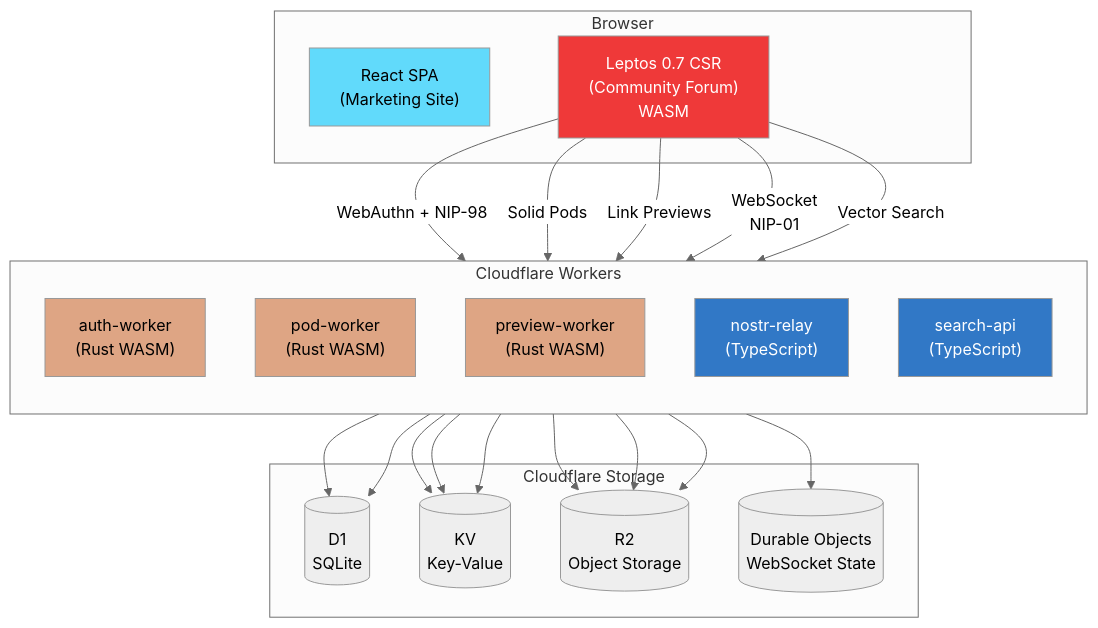
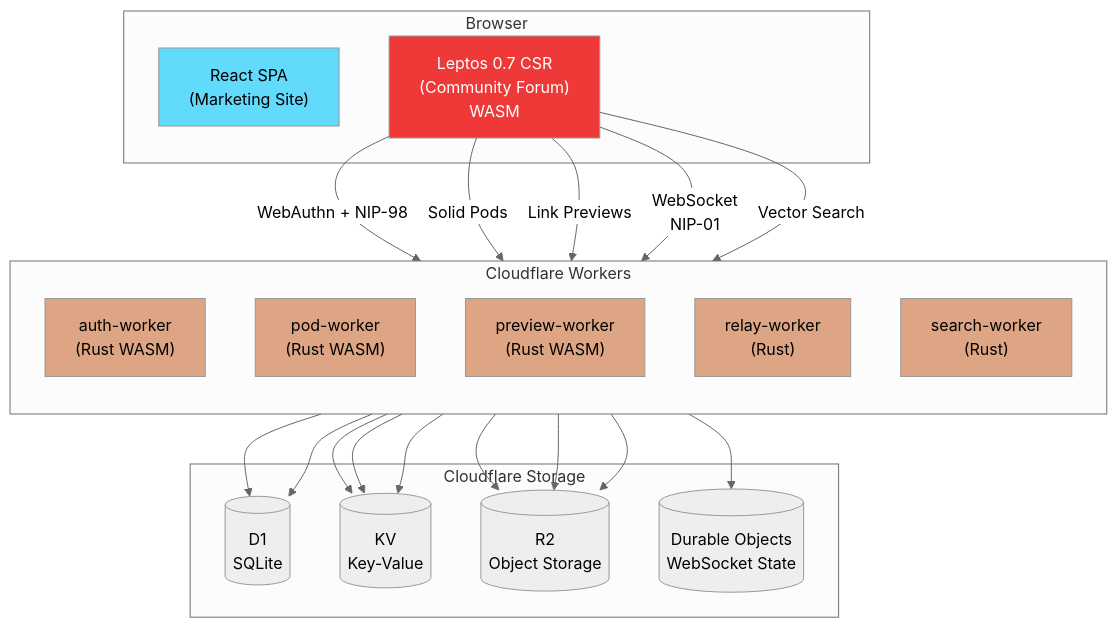
The first of 2 diagrams in README.md (DreamLab-AI/dreamlab-ai-website), drawn with Mermaid (neutral theme) before and after one commit. The commit also changed other lines of this file and 2 other files, not shown here.

````diff
--- a/README.md
+++ b/README.md
@@ -20,47 +20,47 @@
 ```mermaid
 graph TB
     subgraph "Browser"
         REACT["React SPA<br/>(Marketing Site)"]
         LEPTOS["Leptos 0.7 CSR<br/>(Community Forum)<br/>WASM"]
     end
 
     subgraph "Cloudflare Workers"
         direction TB
         AUTH["auth-worker<br/>(Rust WASM)"]
         POD["pod-worker<br/>(Rust WASM)"]
         PREVIEW["preview-worker<br/>(Rust WASM)"]
-        RELAY["nostr-relay<br/>(TypeScript)"]
-        SEARCH["search-api<br/>(TypeScript)"]
+        RELAY["relay-worker<br/>(Rust)"]
+        SEARCH["search-worker<br/>(Rust)"]
     end
 
     subgraph "Cloudflare Storage"
         D1[(D1<br/>SQLite)]
         KV[(KV<br/>Key-Value)]
         R2[(R2<br/>Object Storage)]
         DO[(Durable Objects<br/>WebSocket State)]
     end
 
     LEPTOS -- "WebAuthn + NIP-98" --> AUTH
     LEPTOS -- "Solid Pods" --> POD
     LEPTOS -- "Link Previews" --> PREVIEW
     LEPTOS -- "WebSocket<br/>NIP-01" --> RELAY
     LEPTOS -- "Vector Search" --> SEARCH
 
     AUTH --> D1
     AUTH --> KV
     AUTH --> R2
     RELAY --> D1
     RELAY --> DO
     POD --> R2
     POD --> KV
     SEARCH --> R2
     SEARCH --> KV
 
     style REACT fill:#61DAFB,color:#000
     style LEPTOS fill:#ef3939,color:#fff
     style AUTH fill:#dea584,color:#000
     style POD fill:#dea584,color:#000
     style PREVIEW fill:#dea584,color:#000
-    style RELAY fill:#3178C6,color:#fff
-    style SEARCH fill:#3178C6,color:#fff
+    style RELAY fill:#dea584,color:#000
+    style SEARCH fill:#dea584,color:#000
 ```
````
